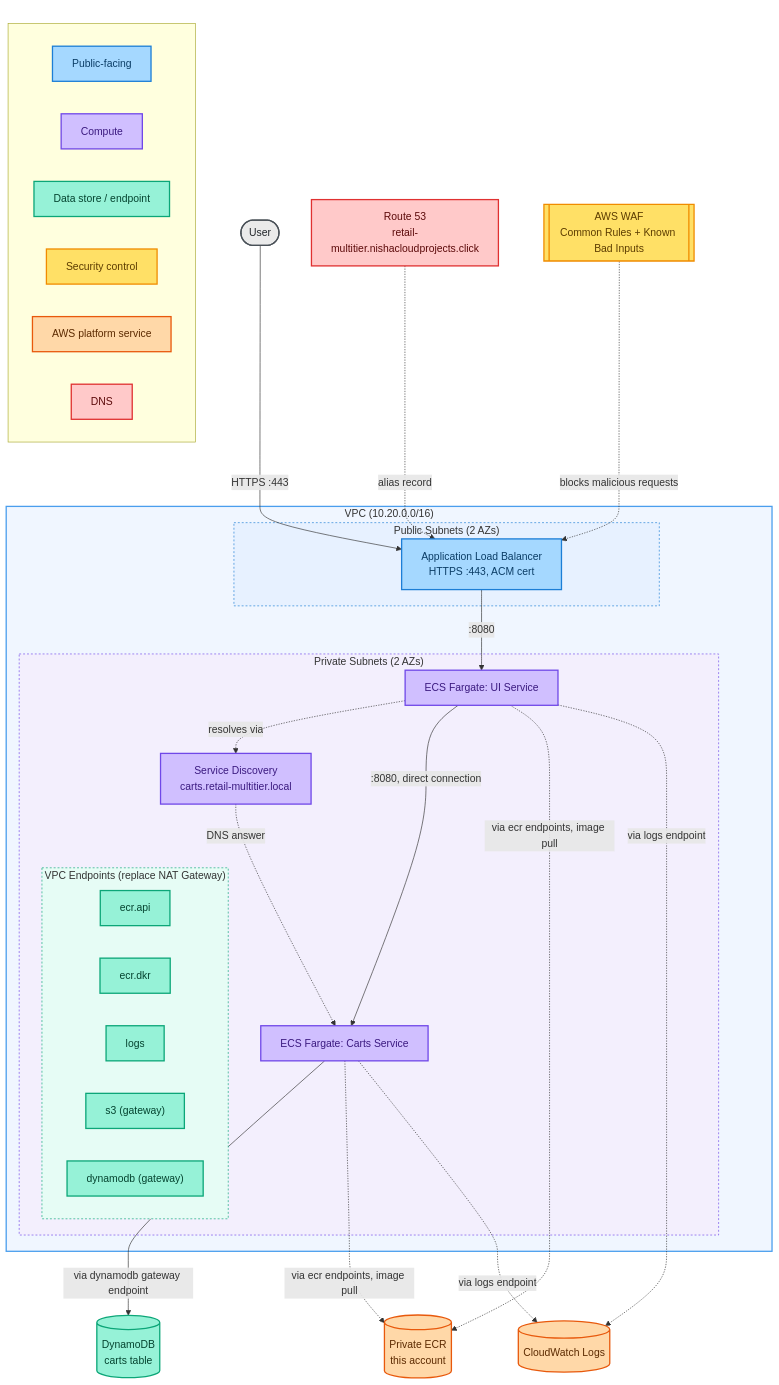
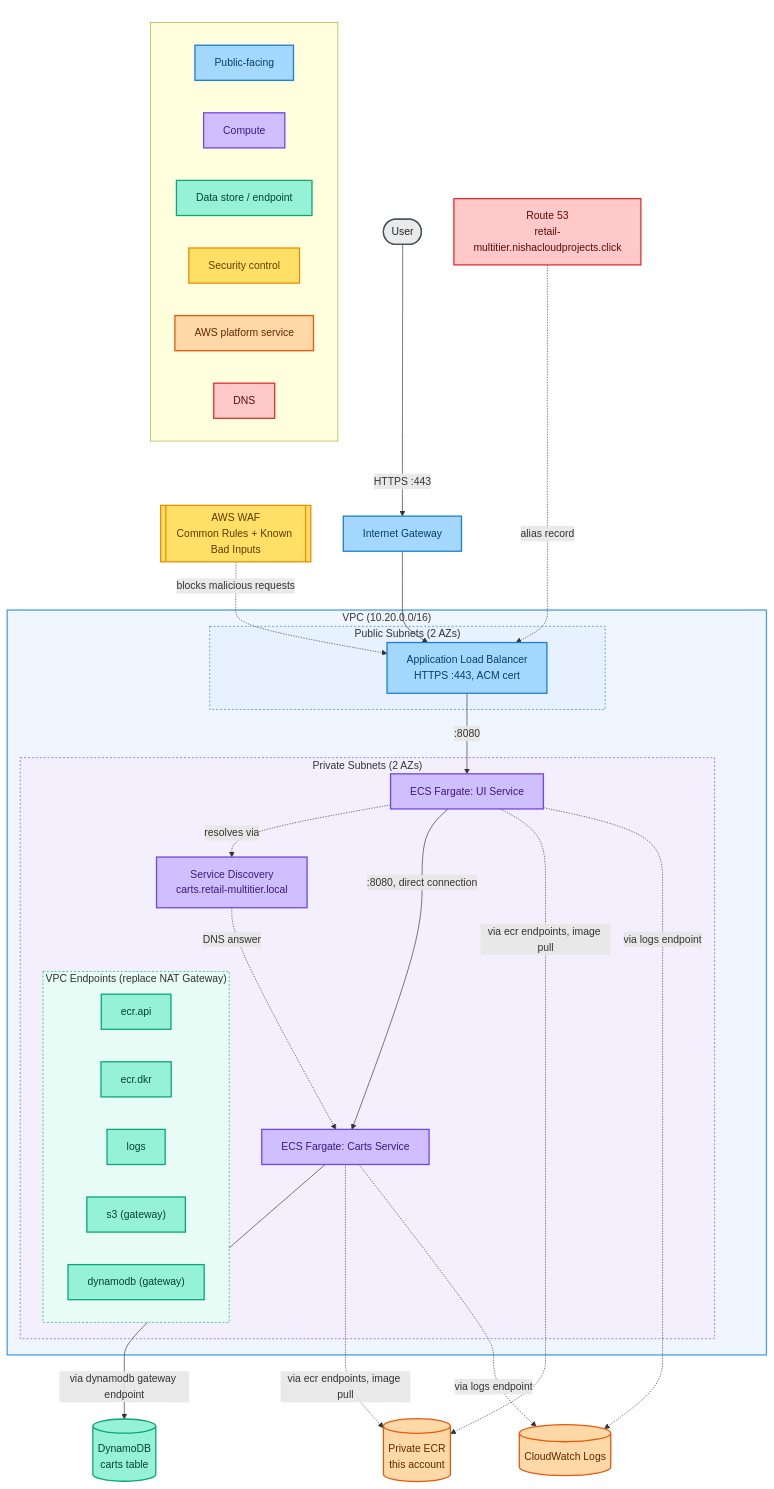
One commit to Nisha318/retail-ecs-fargate-multitier changed the first of 4 diagrams in docs/architecture.md. Above: the diagram before and after it, drawn with Mermaid. The commit also changed other lines of this file and 15 other files, not shown here.

```diff
--- a/docs/architecture.md
+++ b/docs/architecture.md
@@ -17,6 +12,8 @@
     end
 
     WAF[[AWS WAF<br/>Common Rules + Known Bad Inputs]]
+
+    IGW[Internet Gateway]
 
     subgraph VPC["VPC (10.20.0.0/16)"]
         subgraph Public["Public Subnets (2 AZs)"]
@@ -44,7 +41,8 @@
 
     R53 -.->|alias record| ALB
     WAF -.->|blocks malicious requests| ALB
-    User -->|HTTPS :443| ALB
+    User -->|HTTPS :443| IGW
+    IGW --> ALB
     ALB -->|:8080| UI
     UI -.->|resolves via| SD
     SD -.->|DNS answer| Carts
@@ -66,7 +64,7 @@
     class User userNode
     class R53 dnsNode
     class WAF securityNode
-    class ALB publicNode
+    class ALB,IGW publicNode
     class UI,Carts,SD computeNode
     class EcrApi,EcrDkr,LogsEp,S3Ep,DdbEp,DDB dataNode
     class CW,ECR externalNode
```
